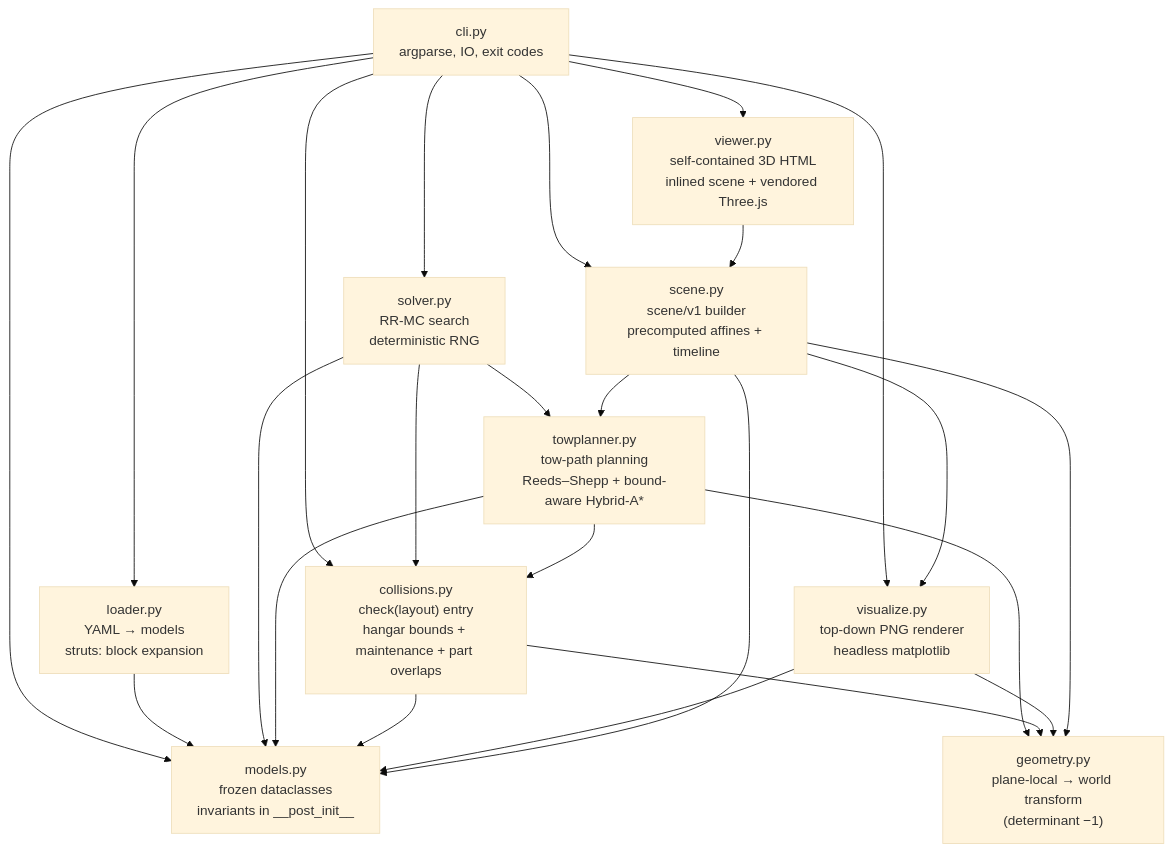
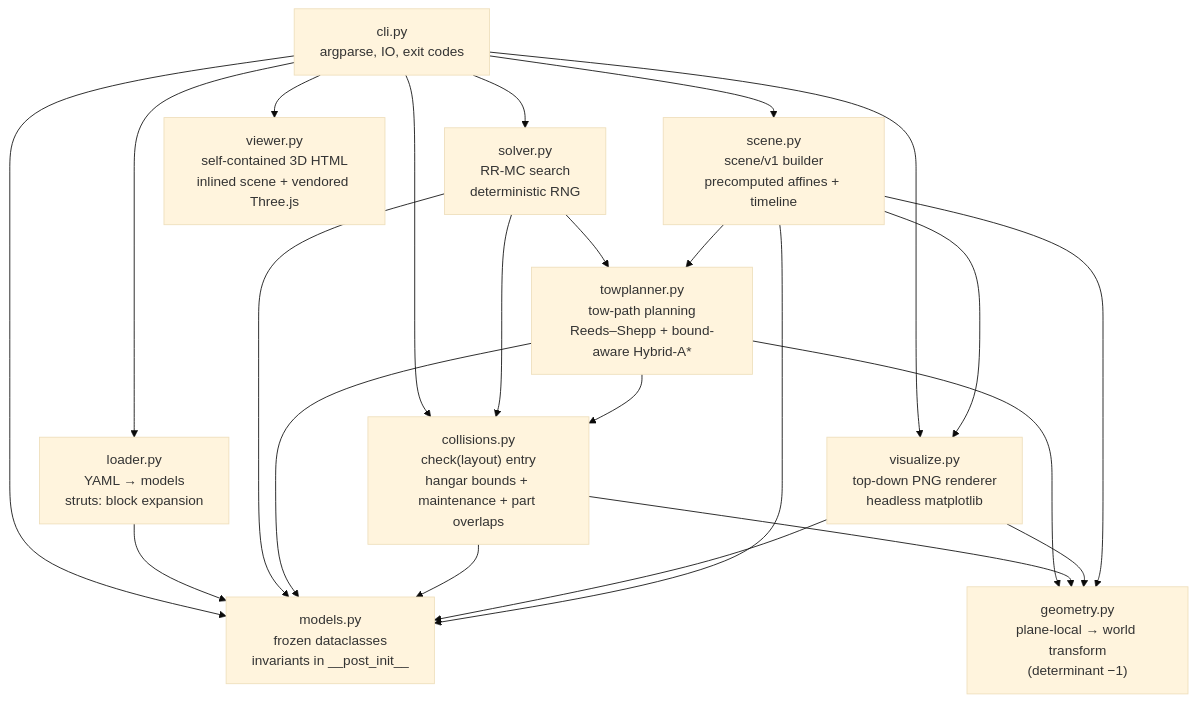
The first of 2 diagrams in docs/architecture/05-building-block-view.md (DocGerd/hangarfit), drawn with Mermaid (base theme) before and after one commit. The commit also changed other lines of this file and 5 other files, not shown here.

````diff
--- a/docs/architecture/05-building-block-view.md
+++ b/docs/architecture/05-building-block-view.md
@@ -9,43 +9,42 @@
 ```mermaid
 flowchart TD
     cli["cli.py<br/>argparse, IO, exit codes"]
     loader["loader.py<br/>YAML → models<br/>struts: block expansion"]
     models["models.py<br/>frozen dataclasses<br/>invariants in __post_init__"]
     geometry["geometry.py<br/>plane-local → world transform<br/>(determinant −1)"]
     collisions["collisions.py<br/>check(layout) entry<br/>hangar bounds + maintenance + part overlaps"]
     solver["solver.py<br/>RR-MC search<br/>deterministic RNG"]
     towplanner["towplanner.py<br/>tow-path planning<br/>Reeds–Shepp + bound-aware Hybrid-A*"]
     visualize["visualize.py<br/>top-down PNG renderer<br/>headless matplotlib"]
     scene["scene.py<br/>scene/v1 builder<br/>precomputed affines + timeline"]
     viewer["viewer.py<br/>self-contained 3D HTML<br/>inlined scene + vendored Three.js"]
 
     cli --> loader
     cli --> collisions
     cli --> solver
     cli --> visualize
     cli --> scene
     cli --> viewer
     cli --> models
 
     loader --> models
 
     solver --> collisions
     solver --> models
     solver --> towplanner
 
     towplanner --> collisions
     towplanner --> geometry
     towplanner --> models
 
     collisions --> geometry
     collisions --> models
 
     visualize --> geometry
     visualize --> models
 
     scene --> geometry
     scene --> towplanner
     scene --> visualize
     scene --> models
-    viewer --> scene
 ```
````
